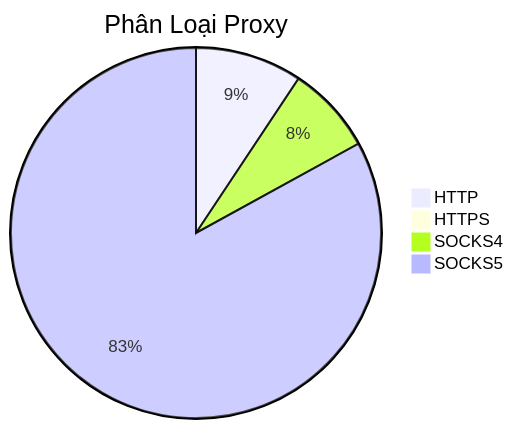
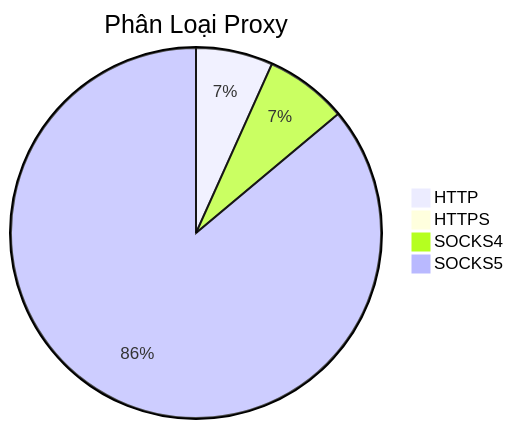
The diagram in README.md (Ciara-Aa/PROXY-free), drawn with Mermaid before and after one commit. The commit also changed other lines of this file and 4 other files, not shown here.

````diff
--- a/README.md
+++ b/README.md
@@ -26,7 +26,7 @@
 ```mermaid
 pie title Phân Loại Proxy
-    "HTTP" : 427
-    "HTTPS" : 10
-    "SOCKS4" : 351
-    "SOCKS5" : 3799
+    "HTTP" : 389
+    "HTTPS" : 13
+    "SOCKS4" : 416
+    "SOCKS5" : 4984
 ```
````
